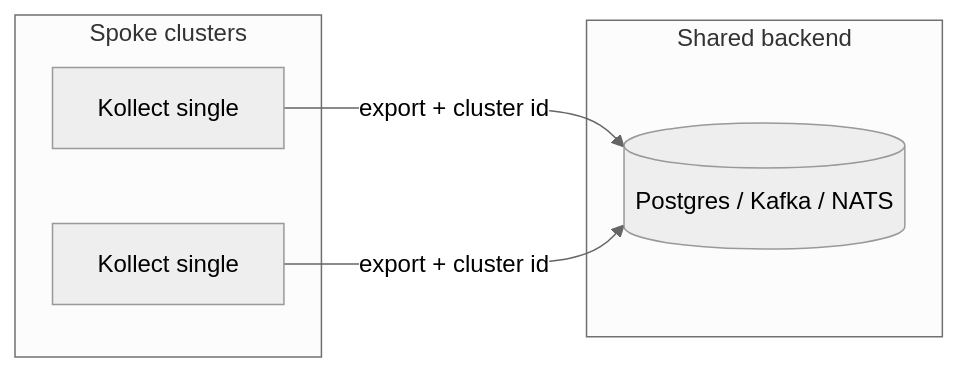
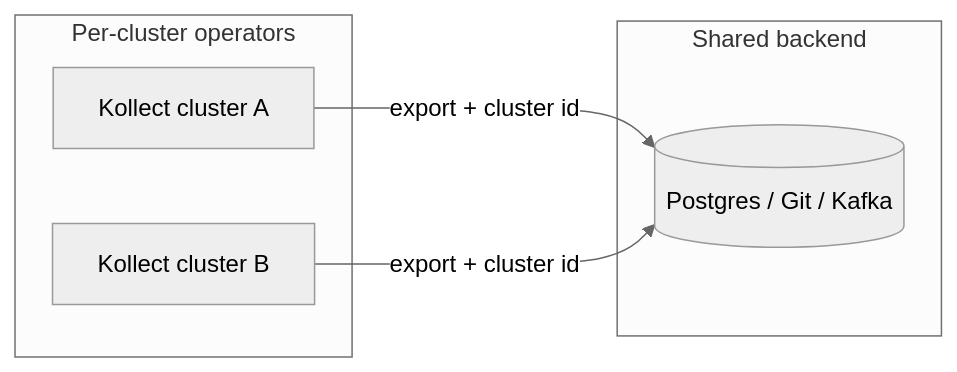
The diagram in docs/BEST-PRACTICES.md (konih/kollect), drawn with Mermaid (neutral theme) before and after one commit. The commit also changed other lines of this file and 4 other files, not shown here.

````diff
--- a/docs/BEST-PRACTICES.md
+++ b/docs/BEST-PRACTICES.md
@@ -111,12 +112,12 @@
 ```mermaid
 flowchart LR
-  subgraph spokes [Spoke clusters]
-    S1[Kollect single]
-    S2[Kollect single]
+  subgraph clusters [Per-cluster operators]
+    S1[Kollect cluster A]
+    S2[Kollect cluster B]
   end
   subgraph backend [Shared backend]
-    PG[(Postgres / Kafka / NATS)]
+    PG[(Postgres / Git / Kafka)]
   end
   S1 -->|export + cluster id| PG
   S2 -->|export + cluster id| PG
 ```
````
